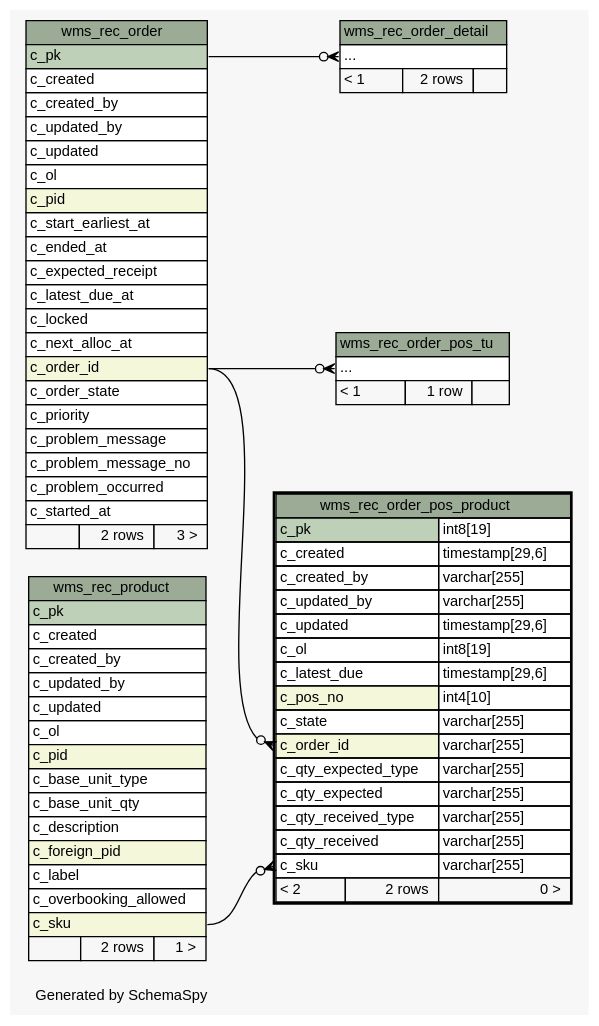
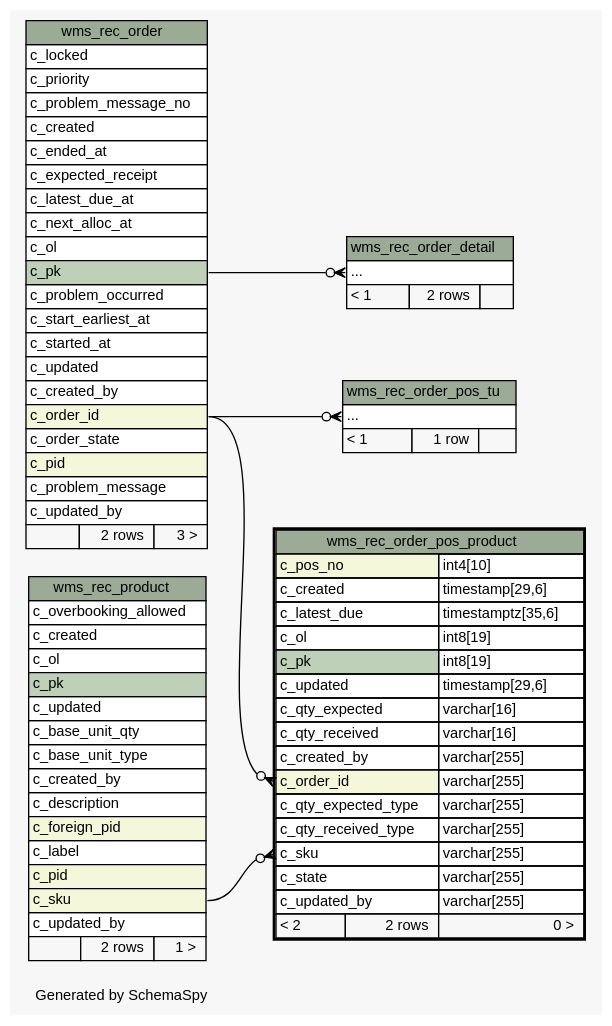
Before and after one commit to openwms/org.openwms.wms.receiving.lib: the diagram in 1.0.0-SNAPSHOT/schemaspy/diagrams/wms_rec_order_pos_product.2degrees.dot, drawn with Graphviz. The commit also changed 508 other files, not shown here.

```diff
--- a/1.0.0-SNAPSHOT/schemaspy/diagrams/wms_rec_order_pos_product.2degrees.dot
+++ b/1.0.0-SNAPSHOT/schemaspy/diagrams/wms_rec_order_pos_product.2degrees.dot
@@ -1,122 +1,122 @@
-// dot 2.43.0 on Linux 6.2.0-1016-azure
+// dot 2.43.0 on Linux 6.5.0-1022-azure
 // SchemaSpy rev Unknown
 digraph "twoDegreesRelationshipsDiagram" {
   graph [
     rankdir="RL"
     bgcolor="#f7f7f7"
     label="\nGenerated by SchemaSpy"
     labeljust="l"
     nodesep="0.18"
     ranksep="0.46"
     fontname="Helvetica"
     fontsize="11"
   ];
   node [
     fontname="Helvetica"
     fontsize="11"
     shape="plaintext"
   ];
   edge [
     arrowsize="0.8"
   ];
   "wms_rec_order_detail":"elipses":w -> "wms_rec_order":"c_pk":e [arrowhead=none dir=back arrowtail=crowodot];
   "wms_rec_order_pos_product":"c_order_id":w -> "wms_rec_order":"c_order_id":e [arrowhead=none dir=back arrowtail=crowodot];
   "wms_rec_order_pos_product":"c_sku":w -> "wms_rec_product":"c_sku":e [arrowhead=none dir=back arrowtail=crowodot];
   "wms_rec_order_pos_tu":"elipses":w -> "wms_rec_order":"c_order_id":e [arrowhead=none dir=back arrowtail=crowodot];
   "wms_rec_order" [
     label=<
     <TABLE BORDER="0" CELLBORDER="1" CELLSPACING="0" BGCOLOR="#ffffff">
       <TR><TD COLSPAN="3" BGCOLOR="#9bab96" ALIGN="CENTER">wms_rec_order</TD></TR>
-      <TR><TD PORT="c_pk" COLSPAN="3" BGCOLOR="#bed1b8" ALIGN="LEFT">c_pk</TD></TR>
+      <TR><TD PORT="c_locked" COLSPAN="3" ALIGN="LEFT">c_locked</TD></TR>
+      <TR><TD PORT="c_priority" COLSPAN="3" ALIGN="LEFT">c_priority</TD></TR>
+      <TR><TD PORT="c_problem_message_no" COLSPAN="3" ALIGN="LEFT">c_problem_message_no</TD></TR>
       <TR><TD PORT="c_created" COLSPAN="3" ALIGN="LEFT">c_created</TD></TR>
-      <TR><TD PORT="c_created_by" COLSPAN="3" ALIGN="LEFT">c_created_by</TD></TR>
-      <TR><TD PORT="c_updated_by" COLSPAN="3" ALIGN="LEFT">c_updated_by</TD></TR>
-      <TR><TD PORT="c_updated" COLSPAN="3" ALIGN="LEFT">c_updated</TD></TR>
-      <TR><TD PORT="c_ol" COLSPAN="3" ALIGN="LEFT">c_ol</TD></TR>
-      <TR><TD PORT="c_pid" COLSPAN="3" BGCOLOR="#f4f7da" ALIGN="LEFT">c_pid</TD></TR>
-      <TR><TD PORT="c_start_earliest_at" COLSPAN="3" ALIGN="LEFT">c_start_earliest_at</TD></TR>
       <TR><TD PORT="c_ended_at" COLSPAN="3" ALIGN="LEFT">c_ended_at</TD></TR>
       <TR><TD PORT="c_expected_receipt" COLSPAN="3" ALIGN="LEFT">c_expected_receipt</TD></TR>
       <TR><TD PORT="c_latest_due_at" COLSPAN="3" ALIGN="LEFT">c_latest_due_at</TD></TR>
-      <TR><TD PORT="c_locked" COLSPAN="3" ALIGN="LEFT">c_locked</TD></TR>
       <TR><TD PORT="c_next_alloc_at" COLSPAN="3" ALIGN="LEFT">c_next_alloc_at</TD></TR>
+      <TR><TD PORT="c_ol" COLSPAN="3" ALIGN="LEFT">c_ol</TD></TR>
+      <TR><TD PORT="c_pk" COLSPAN="3" BGCOLOR="#bed1b8" ALIGN="LEFT">c_pk</TD></TR>
+      <TR><TD PORT="c_problem_occurred" COLSPAN="3" ALIGN="LEFT">c_problem_occurred</TD></TR>
+      <TR><TD PORT="c_start_earliest_at" COLSPAN="3" ALIGN="LEFT">c_start_earliest_at</TD></TR>
+      <TR><TD PORT="c_started_at" COLSPAN="3" ALIGN="LEFT">c_started_at</TD></TR>
+      <TR><TD PORT="c_updated" COLSPAN="3" ALIGN="LEFT">c_updated</TD></TR>
+      <TR><TD PORT="c_created_by" COLSPAN="3" ALIGN="LEFT">c_created_by</TD></TR>
       <TR><TD PORT="c_order_id" COLSPAN="3" BGCOLOR="#f4f7da" ALIGN="LEFT">c_order_id</TD></TR>
       <TR><TD PORT="c_order_state" COLSPAN="3" ALIGN="LEFT">c_order_state</TD></TR>
-      <TR><TD PORT="c_priority" COLSPAN="3" ALIGN="LEFT">c_priority</TD></TR>
+      <TR><TD PORT="c_pid" COLSPAN="3" BGCOLOR="#f4f7da" ALIGN="LEFT">c_pid</TD></TR>
       <TR><TD PORT="c_problem_message" COLSPAN="3" ALIGN="LEFT">c_problem_message</TD></TR>
-      <TR><TD PORT="c_problem_message_no" COLSPAN="3" ALIGN="LEFT">c_problem_message_no</TD></TR>
-      <TR><TD PORT="c_problem_occurred" COLSPAN="3" ALIGN="LEFT">c_problem_occurred</TD></TR>
-      <TR><TD PORT="c_started_at" COLSPAN="3" ALIGN="LEFT">c_started_at</TD></TR>
+      <TR><TD PORT="c_updated_by" COLSPAN="3" ALIGN="LEFT">c_updated_by</TD></TR>
       <TR><TD ALIGN="LEFT" BGCOLOR="#f7f7f7">  </TD><TD ALIGN="RIGHT" BGCOLOR="#f7f7f7">2 rows</TD><TD ALIGN="RIGHT" BGCOLOR="#f7f7f7">3 &gt;</TD></TR>
     </TABLE>>
     URL="wms_rec_order.html"
     tooltip="wms_rec_order"
   ];
   "wms_rec_order_detail" [
     label=<
     <TABLE BORDER="0" CELLBORDER="1" CELLSPACING="0" BGCOLOR="#ffffff">
       <TR><TD COLSPAN="3" BGCOLOR="#9bab96" ALIGN="CENTER">wms_rec_order_detail</TD></TR>
       <TR><TD PORT="elipses" COLSPAN="3" ALIGN="LEFT">...</TD></TR>
       <TR><TD ALIGN="LEFT" BGCOLOR="#f7f7f7">&lt; 1</TD><TD ALIGN="RIGHT" BGCOLOR="#f7f7f7">2 rows</TD><TD ALIGN="RIGHT" BGCOLOR="#f7f7f7">  </TD></TR>
     </TABLE>>
     URL="wms_rec_order_detail.html"
     tooltip="wms_rec_order_detail"
   ];
   "wms_rec_order_pos_product" [
     label=<
     <TABLE BORDER="2" CELLBORDER="1" CELLSPACING="0" BGCOLOR="#ffffff">
       <TR><TD COLSPAN="3" BGCOLOR="#9bab96" ALIGN="CENTER">wms_rec_order_pos_product</TD></TR>
+      <TR><TD PORT="c_pos_no" COLSPAN="2" BGCOLOR="#f4f7da" ALIGN="LEFT">c_pos_no</TD><TD PORT="c_pos_no.type" ALIGN="LEFT">int4[10]</TD></TR>
+      <TR><TD PORT="c_created" COLSPAN="2" ALIGN="LEFT">c_created</TD><TD PORT="c_created.type" ALIGN="LEFT">timestamp[29,6]</TD></TR>
+      <TR><TD PORT="c_latest_due" COLSPAN="2" ALIGN="LEFT">c_latest_due</TD><TD PORT="c_latest_due.type" ALIGN="LEFT">timestamptz[35,6]</TD></TR>
+      <TR><TD PORT="c_ol" COLSPAN="2" ALIGN="LEFT">c_ol</TD><TD PORT="c_ol.type" ALIGN="LEFT">int8[19]</TD></TR>
       <TR><TD PORT="c_pk" COLSPAN="2" BGCOLOR="#bed1b8" ALIGN="LEFT">c_pk</TD><TD PORT="c_pk.type" ALIGN="LEFT">int8[19]</TD></TR>
-      <TR><TD PORT="c_created" COLSPAN="2" ALIGN="LEFT">c_created</TD><TD PORT="c_created.type" ALIGN="LEFT">timestamp[29,6]</TD></TR>
+      <TR><TD PORT="c_updated" COLSPAN="2" ALIGN="LEFT">c_updated</TD><TD PORT="c_updated.type" ALIGN="LEFT">timestamp[29,6]</TD></TR>
+      <TR><TD PORT="c_qty_expected" COLSPAN="2" ALIGN="LEFT">c_qty_expected</TD><TD PORT="c_qty_expected.type" ALIGN="LEFT">varchar[16]</TD></TR>
+      <TR><TD PORT="c_qty_received" COLSPAN="2" ALIGN="LEFT">c_qty_received</TD><TD PORT="c_qty_received.type" ALIGN="LEFT">varchar[16]</TD></TR>
       <TR><TD PORT="c_created_by" COLSPAN="2" ALIGN="LEFT">c_created_by</TD><TD PORT="c_created_by.type" ALIGN="LEFT">varchar[255]</TD></TR>
-      <TR><TD PORT="c_updated_by" COLSPAN="2" ALIGN="LEFT">c_updated_by</TD><TD PORT="c_updated_by.type" ALIGN="LEFT">varchar[255]</TD></TR>
-      <TR><TD PORT="c_updated" COLSPAN="2" ALIGN="LEFT">c_updated</TD><TD PORT="c_updated.type" ALIGN="LEFT">timestamp[29,6]</TD></TR>
-      <TR><TD PORT="c_ol" COLSPAN="2" ALIGN="LEFT">c_ol</TD><TD PORT="c_ol.type" ALIGN="LEFT">int8[19]</TD></TR>
-      <TR><TD PORT="c_latest_due" COLSPAN="2" ALIGN="LEFT">c_latest_due</TD><TD PORT="c_latest_due.type" ALIGN="LEFT">timestamp[29,6]</TD></TR>
-      <TR><TD PORT="c_pos_no" COLSPAN="2" BGCOLOR="#f4f7da" ALIGN="LEFT">c_pos_no</TD><TD PORT="c_pos_no.type" ALIGN="LEFT">int4[10]</TD></TR>
-      <TR><TD PORT="c_state" COLSPAN="2" ALIGN="LEFT">c_state</TD><TD PORT="c_state.type" ALIGN="LEFT">varchar[255]</TD></TR>
       <TR><TD PORT="c_order_id" COLSPAN="2" BGCOLOR="#f4f7da" ALIGN="LEFT">c_order_id</TD><TD PORT="c_order_id.type" ALIGN="LEFT">varchar[255]</TD></TR>
       <TR><TD PORT="c_qty_expected_type" COLSPAN="2" ALIGN="LEFT">c_qty_expected_type</TD><TD PORT="c_qty_expected_type.type" ALIGN="LEFT">varchar[255]</TD></TR>
-      <TR><TD PORT="c_qty_expected" COLSPAN="2" ALIGN="LEFT">c_qty_expected</TD><TD PORT="c_qty_expected.type" ALIGN="LEFT">varchar[255]</TD></TR>
       <TR><TD PORT="c_qty_received_type" COLSPAN="2" ALIGN="LEFT">c_qty_received_type</TD><TD PORT="c_qty_received_type.type" ALIGN="LEFT">varchar[255]</TD></TR>
-      <TR><TD PORT="c_qty_received" COLSPAN="2" ALIGN="LEFT">c_qty_received</TD><TD PORT="c_qty_received.type" ALIGN="LEFT">varchar[255]</TD></TR>
       <TR><TD PORT="c_sku" COLSPAN="2" ALIGN="LEFT">c_sku</TD><TD PORT="c_sku.type" ALIGN="LEFT">varchar[255]</TD></TR>
+      <TR><TD PORT="c_state" COLSPAN="2" ALIGN="LEFT">c_state</TD><TD PORT="c_state.type" ALIGN="LEFT">varchar[255]</TD></TR>
+      <TR><TD PORT="c_updated_by" COLSPAN="2" ALIGN="LEFT">c_updated_by</TD><TD PORT="c_updated_by.type" ALIGN="LEFT">varchar[255]</TD></TR>
       <TR><TD ALIGN="LEFT" BGCOLOR="#f7f7f7">&lt; 2</TD><TD ALIGN="RIGHT" BGCOLOR="#f7f7f7">2 rows</TD><TD ALIGN="RIGHT" BGCOLOR="#f7f7f7">0 &gt;</TD></TR>
     </TABLE>>
     URL="wms_rec_order_pos_product.html"
     tooltip="wms_rec_order_pos_product"
   ];
   "wms_rec_order_pos_tu" [
     label=<
     <TABLE BORDER="0" CELLBORDER="1" CELLSPACING="0" BGCOLOR="#ffffff">
       <TR><TD COLSPAN="3" BGCOLOR="#9bab96" ALIGN="CENTER">wms_rec_order_pos_tu</TD></TR>
       <TR><TD PORT="elipses" COLSPAN="3" ALIGN="LEFT">...</TD></TR>
       <TR><TD ALIGN="LEFT" BGCOLOR="#f7f7f7">&lt; 1</TD><TD ALIGN="RIGHT" BGCOLOR="#f7f7f7">1 row</TD><TD ALIGN="RIGHT" BGCOLOR="#f7f7f7">  </TD></TR>
     </TABLE>>
     URL="wms_rec_order_pos_tu.html"
     tooltip="wms_rec_order_pos_tu"
   ];
   "wms_rec_product" [
     label=<
     <TABLE BORDER="0" CELLBORDER="1" CELLSPACING="0" BGCOLOR="#ffffff">
       <TR><TD COLSPAN="3" BGCOLOR="#9bab96" ALIGN="CENTER">wms_rec_product</TD></TR>
+      <TR><TD PORT="c_overbooking_allowed" COLSPAN="3" ALIGN="LEFT">c_overbooking_allowed</TD></TR>
+      <TR><TD PORT="c_created" COLSPAN="3" ALIGN="LEFT">c_created</TD></TR>
+      <TR><TD PORT="c_ol" COLSPAN="3" ALIGN="LEFT">c_ol</TD></TR>
       <TR><TD PORT="c_pk" COLSPAN="3" BGCOLOR="#bed1b8" ALIGN="LEFT">c_pk</TD></TR>
-      <TR><TD PORT="c_created" COLSPAN="3" ALIGN="LEFT">c_created</TD></TR>
+      <TR><TD PORT="c_updated" COLSPAN="3" ALIGN="LEFT">c_updated</TD></TR>
+      <TR><TD PORT="c_base_unit_qty" COLSPAN="3" ALIGN="LEFT">c_base_unit_qty</TD></TR>
+      <TR><TD PORT="c_base_unit_type" COLSPAN="3" ALIGN="LEFT">c_base_unit_type</TD></TR>
       <TR><TD PORT="c_created_by" COLSPAN="3" ALIGN="LEFT">c_created_by</TD></TR>
-      <TR><TD PORT="c_updated_by" COLSPAN="3" ALIGN="LEFT">c_updated_by</TD></TR>
-      <TR><TD PORT="c_updated" COLSPAN="3" ALIGN="LEFT">c_updated</TD></TR>
-      <TR><TD PORT="c_ol" COLSPAN="3" ALIGN="LEFT">c_ol</TD></TR>
-      <TR><TD PORT="c_pid" COLSPAN="3" BGCOLOR="#f4f7da" ALIGN="LEFT">c_pid</TD></TR>
-      <TR><TD PORT="c_base_unit_type" COLSPAN="3" ALIGN="LEFT">c_base_unit_type</TD></TR>
-      <TR><TD PORT="c_base_unit_qty" COLSPAN="3" ALIGN="LEFT">c_base_unit_qty</TD></TR>
       <TR><TD PORT="c_description" COLSPAN="3" ALIGN="LEFT">c_description</TD></TR>
       <TR><TD PORT="c_foreign_pid" COLSPAN="3" BGCOLOR="#f4f7da" ALIGN="LEFT">c_foreign_pid</TD></TR>
       <TR><TD PORT="c_label" COLSPAN="3" ALIGN="LEFT">c_label</TD></TR>
-      <TR><TD PORT="c_overbooking_allowed" COLSPAN="3" ALIGN="LEFT">c_overbooking_allowed</TD></TR>
+      <TR><TD PORT="c_pid" COLSPAN="3" BGCOLOR="#f4f7da" ALIGN="LEFT">c_pid</TD></TR>
       <TR><TD PORT="c_sku" COLSPAN="3" BGCOLOR="#f4f7da" ALIGN="LEFT">c_sku</TD></TR>
+      <TR><TD PORT="c_updated_by" COLSPAN="3" ALIGN="LEFT">c_updated_by</TD></TR>
       <TR><TD ALIGN="LEFT" BGCOLOR="#f7f7f7">  </TD><TD ALIGN="RIGHT" BGCOLOR="#f7f7f7">2 rows</TD><TD ALIGN="RIGHT" BGCOLOR="#f7f7f7">1 &gt;</TD></TR>
     </TABLE>>
     URL="wms_rec_product.html"
     tooltip="wms_rec_product"
   ];
 }
```
